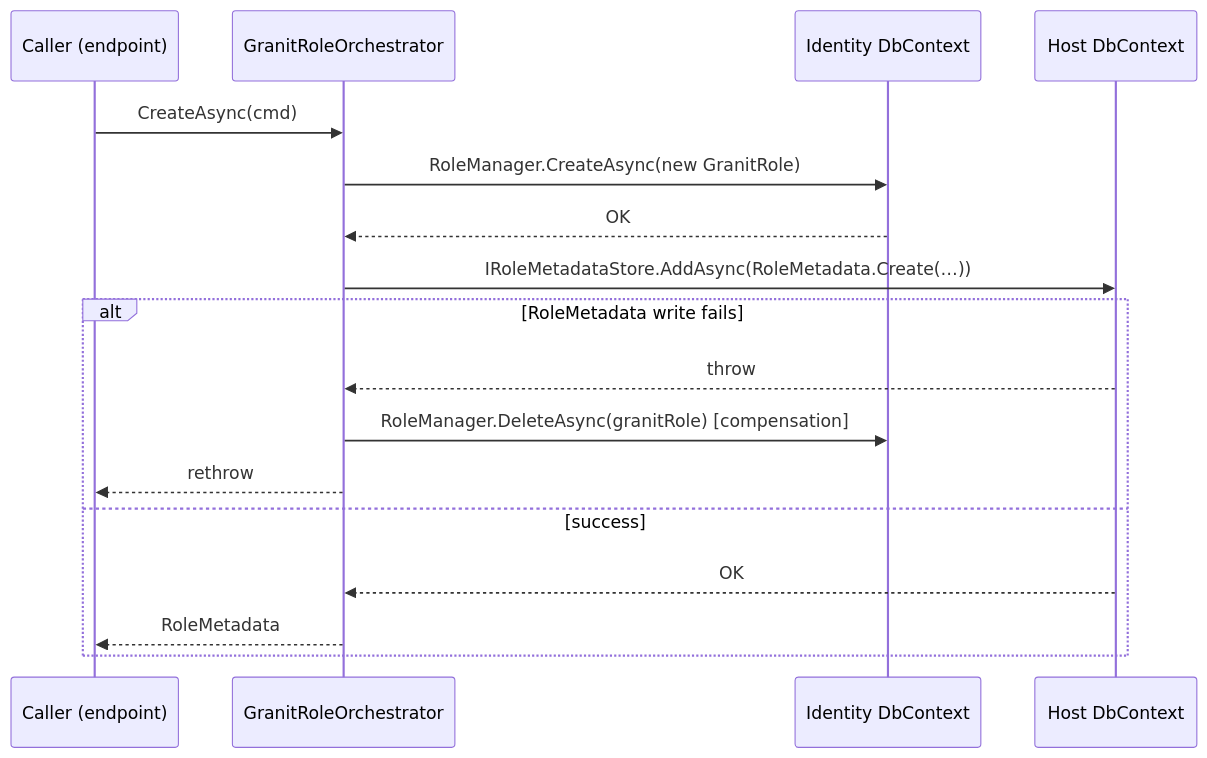
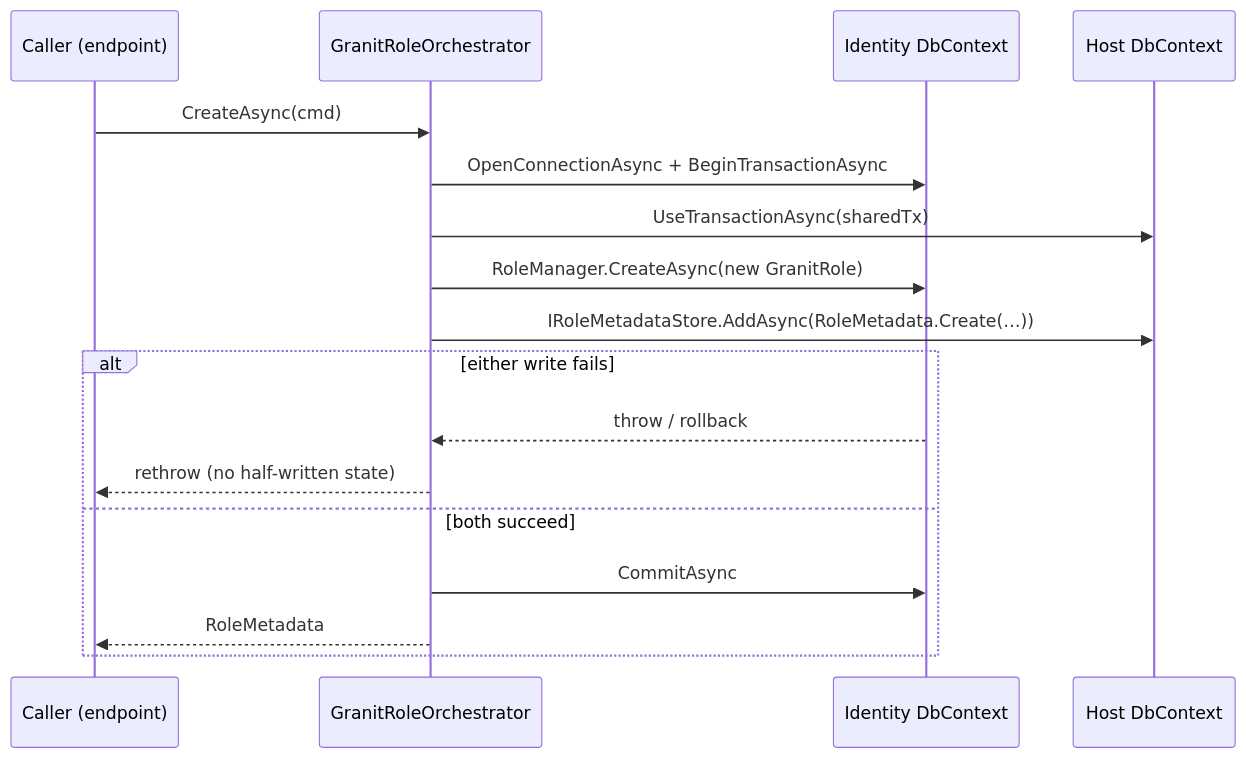
The diagram in src/content/docs/dotnet/security/authorization-roles.mdx (granit-fx/granit-docs), drawn with Mermaid before and after one commit. The commit also changed other lines of this file and 13 other files, not shown here.

````diff
--- a/src/content/docs/dotnet/security/authorization-roles.mdx
+++ b/src/content/docs/dotnet/security/authorization-roles.mdx
@@ -156,20 +158,20 @@
 ```mermaid
 sequenceDiagram
     participant C as Caller (endpoint)
     participant O as GranitRoleOrchestrator
     participant I as Identity DbContext
     participant H as Host DbContext
 
     C->>O: CreateAsync(cmd)
+    O->>I: OpenConnectionAsync + BeginTransactionAsync
+    O->>H: UseTransactionAsync(sharedTx)
     O->>I: RoleManager.CreateAsync(new GranitRole)
-    I-->>O: OK
     O->>H: IRoleMetadataStore.AddAsync(RoleMetadata.Create(…))
-    alt RoleMetadata write fails
-        H-->>O: throw
-        O->>I: RoleManager.DeleteAsync(granitRole)  [compensation]
-        O-->>C: rethrow
-    else success
-        H-->>O: OK
+    alt either write fails
+        I-->>O: throw / rollback
+        O-->>C: rethrow (no half-written state)
+    else both succeed
+        O->>I: CommitAsync
         O-->>C: RoleMetadata
     end
 ```
````
